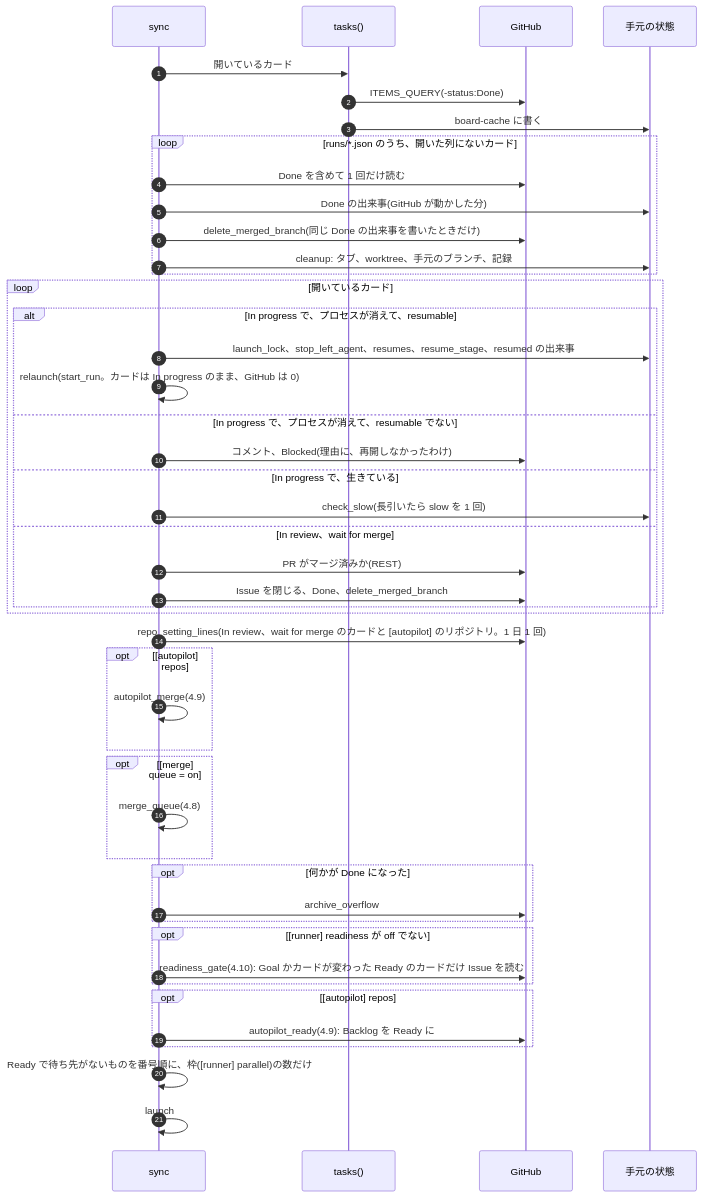
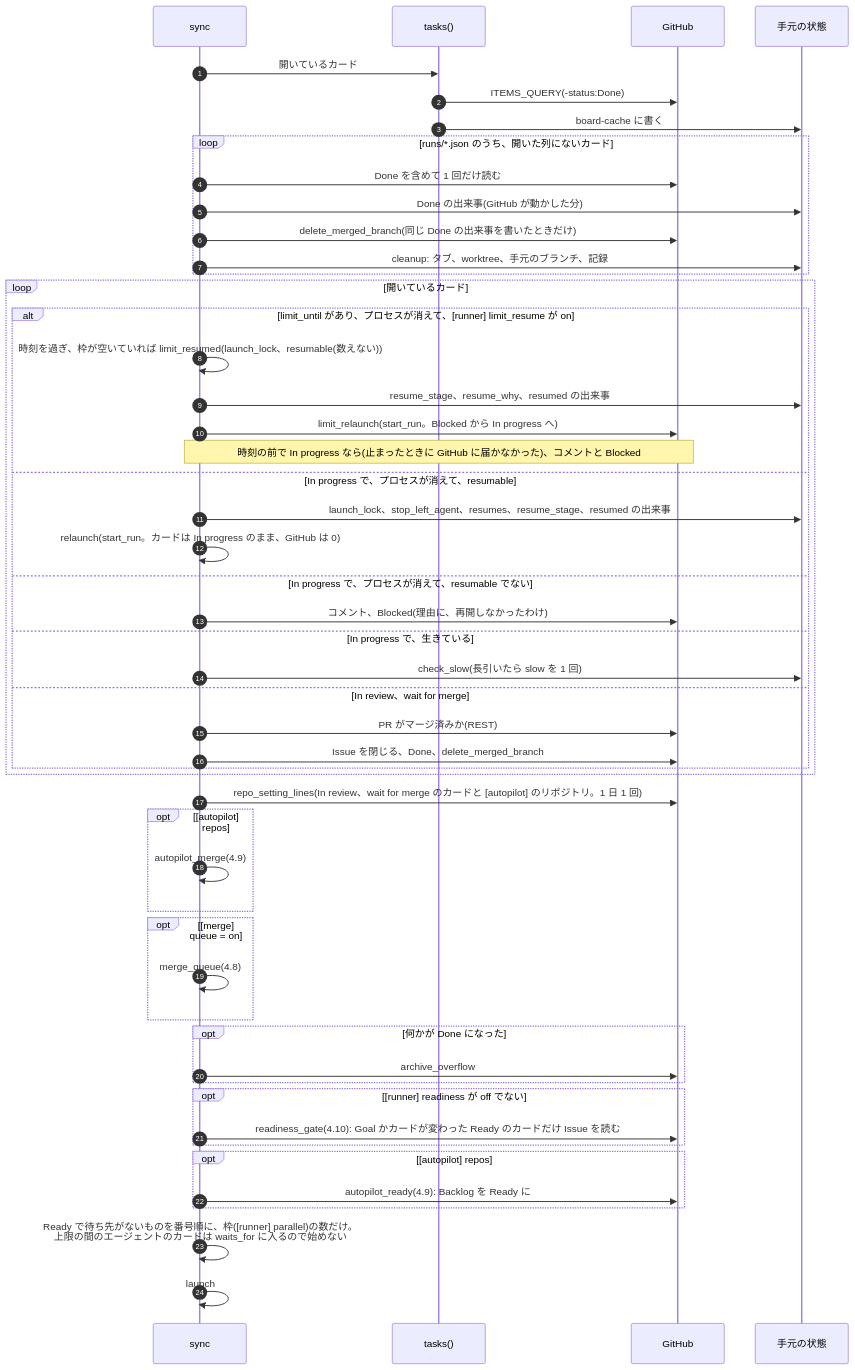
Before and after one commit to jyoka/task-hub: the fourth of 10 diagrams in docs/architecture/lld.md, drawn with Mermaid. The commit also changed other lines of this file and 8 other files, not shown here.

````diff
--- a/docs/architecture/lld.md
+++ b/docs/architecture/lld.md
@@ -248,48 +251,53 @@
 ```mermaid
 sequenceDiagram
     autonumber
     participant S as sync
     participant B as tasks()
     participant GH as GitHub
     participant L as 手元の状態
     S->>B: 開いているカード
     B->>GH: ITEMS_QUERY(-status:Done)
     B->>L: board-cache に書く
     loop runs/*.json のうち、開いた列にないカード
         S->>GH: Done を含めて 1 回だけ読む
         S->>L: Done の出来事(GitHub が動かした分)
         S->>GH: delete_merged_branch(同じ Done の出来事を書いたときだけ)
         S->>L: cleanup: タブ、worktree、手元のブランチ、記録
     end
     loop 開いているカード
-        alt In progress で、プロセスが消えて、resumable
+        alt limit_until があり、プロセスが消えて、[runner] limit_resume が on
+            S->>S: 時刻を過ぎ、枠が空いていれば limit_resumed(launch_lock、resumable(数えない))
+            S->>L: resume_stage、resume_why、resumed の出来事
+            S->>GH: limit_relaunch(start_run。Blocked から In progress へ)
+            Note over S,GH: 時刻の前で In progress なら(止まったときに GitHub に届かなかった)、コメントと Blocked
+        else In progress で、プロセスが消えて、resumable
             S->>L: launch_lock、stop_left_agent、resumes、resume_stage、resumed の出来事
             S->>S: relaunch(start_run。カードは In progress のまま、GitHub は 0)
         else In progress で、プロセスが消えて、resumable でない
             S->>GH: コメント、Blocked(理由に、再開しなかったわけ)
         else In progress で、生きている
             S->>L: check_slow(長引いたら slow を 1 回)
         else In review、wait for merge
             S->>GH: PR がマージ済みか(REST)
             S->>GH: Issue を閉じる、Done、delete_merged_branch
         end
     end
     S->>GH: repo_setting_lines(In review、wait for merge のカードと [autopilot] のリポジトリ。1 日 1 回)
     opt [autopilot] repos
         S->>S: autopilot_merge(4.9)
     end
     opt [merge] queue = on
         S->>S: merge_queue(4.8)
     end
     opt 何かが Done になった
         S->>GH: archive_overflow
     end
     opt [runner] readiness が off でない
         S->>GH: readiness_gate(4.10): Goal かカードが変わった Ready のカードだけ Issue を読む
     end
     opt [autopilot] repos
         S->>GH: autopilot_ready(4.9): Backlog を Ready に
     end
-    S->>S: Ready で待ち先がないものを番号順に、枠([runner] parallel)の数だけ
+    S->>S: Ready で待ち先がないものを番号順に、枠([runner] parallel)の数だけ。<br/>上限の間のエージェントのカードは waits_for に入るので始めない
     S->>S: launch
 ```
````
